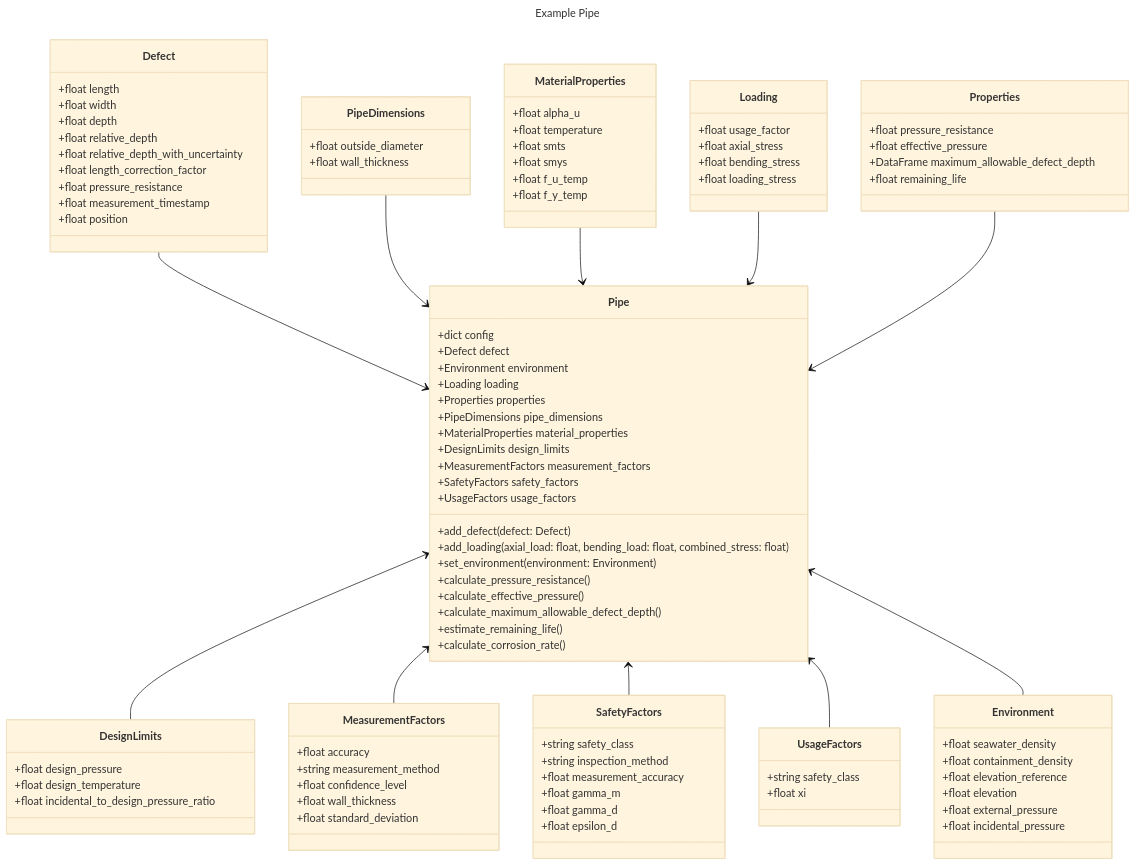
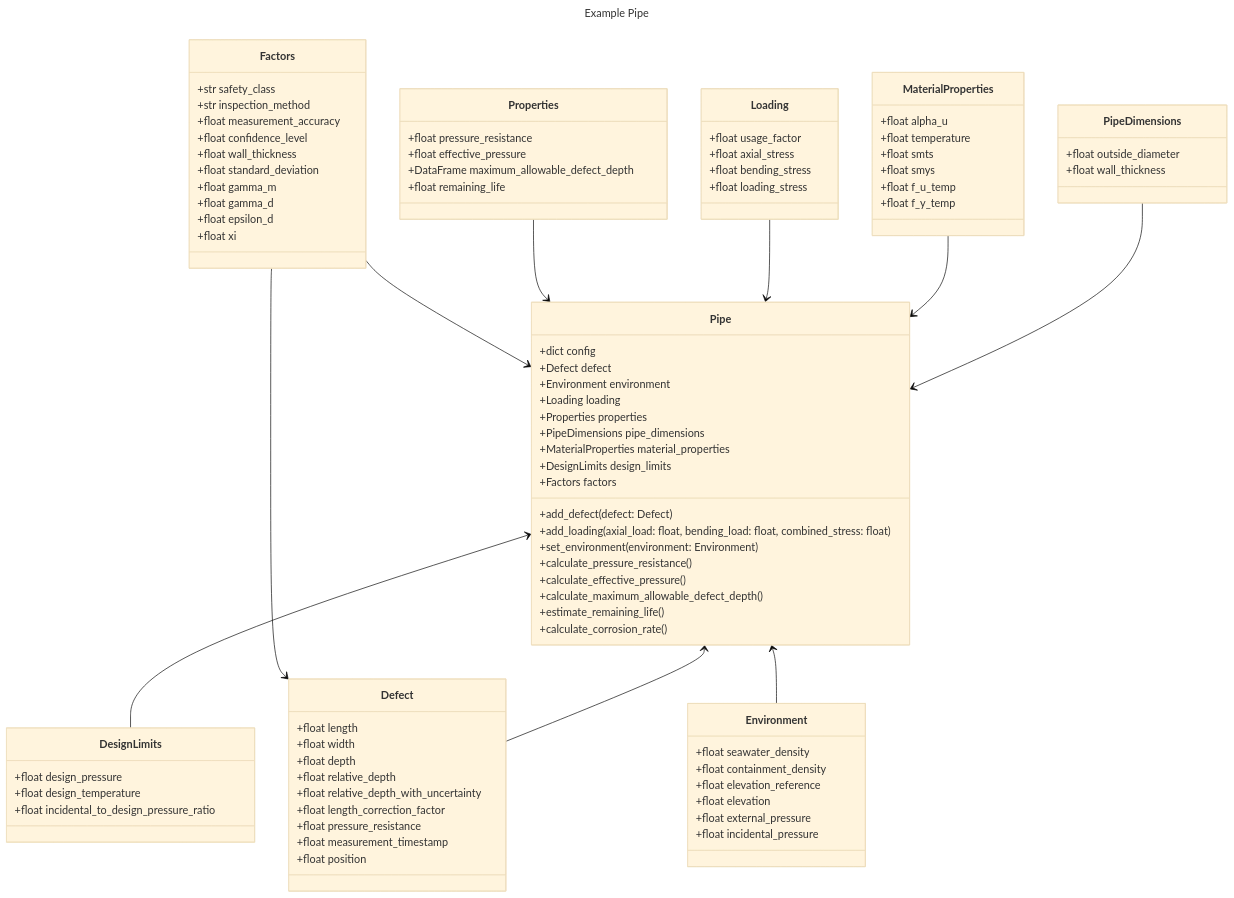
The second of 2 diagrams in README.md (nicholaslimck/corrosion-analyser), drawn with Mermaid (base theme) before and after one commit. The commit also changed 5 other files, not shown here.

Commit message:
Much refactoring Refactored defect class to accept a list of defects to combine Refactored all Factor classes into factors.py Clean up unused code

````diff
--- a/README.md
+++ b/README.md
@@ -99,9 +99,7 @@
         +PipeDimensions pipe_dimensions
         +MaterialProperties material_properties
         +DesignLimits design_limits
-        +MeasurementFactors measurement_factors
-        +SafetyFactors safety_factors
-        +UsageFactors usage_factors
+        +Factors factors
         +add_defect(defect: Defect)
         +add_loading(axial_load: float, bending_load: float, combined_stress: float)
         +set_environment(environment: Environment)
@@ -123,7 +121,7 @@
         +float measurement_timestamp
         +float position
     }
-    Defect --> Pipe
+    Pipe <-- Defect
     class PipeDimensions{
         +float outside_diameter
         +float wall_thickness
@@ -144,28 +142,6 @@
         +float incidental_to_design_pressure_ratio
     }
     Pipe <-- DesignLimits
-    class MeasurementFactors{
-        +float accuracy
-        +string measurement_method
-        +float confidence_level
-        +float wall_thickness
-        +float standard_deviation
-    }
-    Pipe <-- MeasurementFactors
-    class SafetyFactors{
-        +string safety_class
-        +string inspection_method
-        +float measurement_accuracy
-        +float gamma_m
-        +float gamma_d
-        +float epsilon_d
-    }
-    Pipe <-- SafetyFactors
-    class UsageFactors{
-        +string safety_class
-        +float xi
-    }
-    Pipe <-- UsageFactors
     class Environment{
         +float seawater_density
         +float containment_density
@@ -189,5 +165,19 @@
         +float remaining_life
     }
     Properties --> Pipe
+    class Factors{
+        +str safety_class
+        +str inspection_method
+        +float measurement_accuracy
+        +float confidence_level
+        +float wall_thickness
+        +float standard_deviation
+        +float gamma_m
+        +float gamma_d
+        +float epsilon_d
+        +float xi
+    }
+    Factors --> Pipe
+    Factors --> Defect
     
 ```
````
